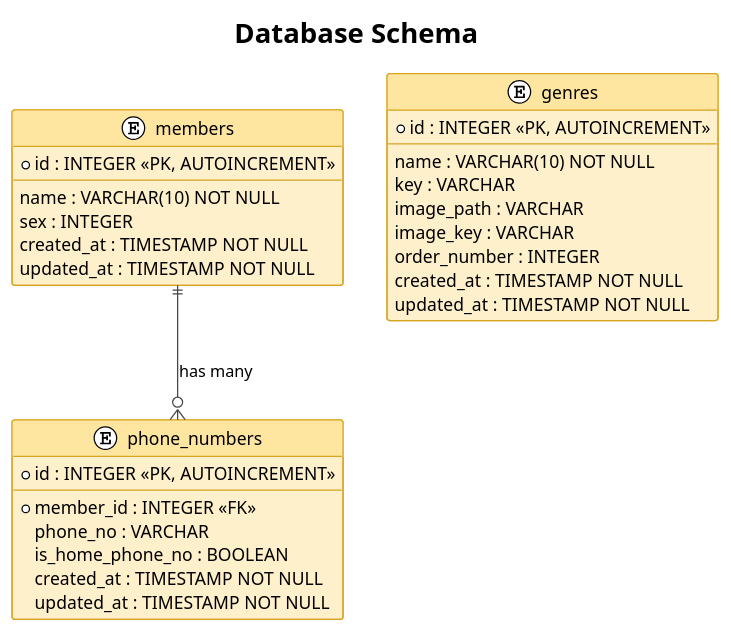
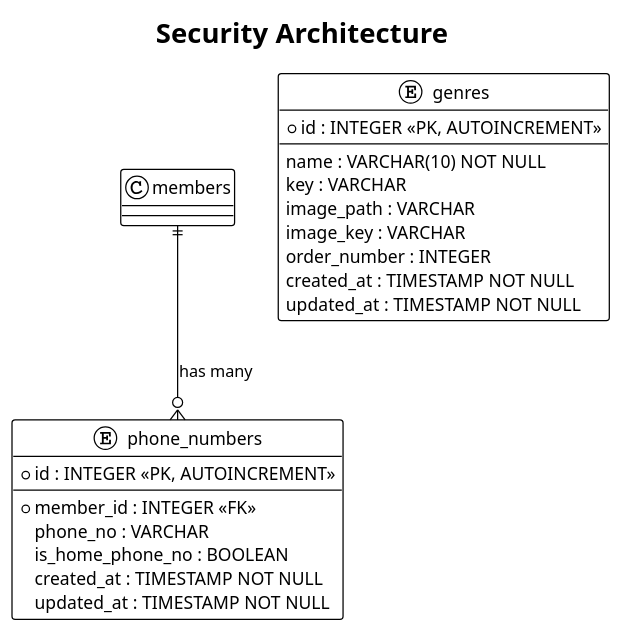
One commit to batzorigt/rest-api-template changed the fourth of 5 diagrams in docs/architecture.md. Above: the diagram before and after it, drawn with PlantUML. The commit also changed other lines of this file and 4 other files, not shown here.

````diff
--- a/docs/architecture.md
+++ b/docs/architecture.md
@@ -386,47 +135,32 @@
 ```plantuml
-@startuml Database
+@startuml Security
 !theme plain
-title Database Schema
+title Security Architecture
 
-skinparam class {
-  BorderColor #d6a520
-  BackgroundColor #fff0cc
-  HeaderBackgroundColor #ffe6a0
-}
-skinparam ArrowColor #444444
-
-entity "members" as members {
-  * id : INTEGER <<PK, AUTOINCREMENT>>
-  --
-  name : VARCHAR(10) NOT NULL
-  sex : INTEGER
-  created_at : TIMESTAMP NOT NULL
-  updated_at : TIMESTAMP NOT NULL
-}
 
 entity "phone_numbers" as phones {
   * id : INTEGER <<PK, AUTOINCREMENT>>
   --
   * member_id : INTEGER <<FK>>
   phone_no : VARCHAR
   is_home_phone_no : BOOLEAN
   created_at : TIMESTAMP NOT NULL
   updated_at : TIMESTAMP NOT NULL
 }
 
 entity "genres" as genres {
   * id : INTEGER <<PK, AUTOINCREMENT>>
   --
   name : VARCHAR(10) NOT NULL
   key : VARCHAR
   image_path : VARCHAR
   image_key : VARCHAR
   order_number : INTEGER
   created_at : TIMESTAMP NOT NULL
   updated_at : TIMESTAMP NOT NULL
 }
 
 members ||--o{ phones : "has many"
 
 @enduml
 ```
````
